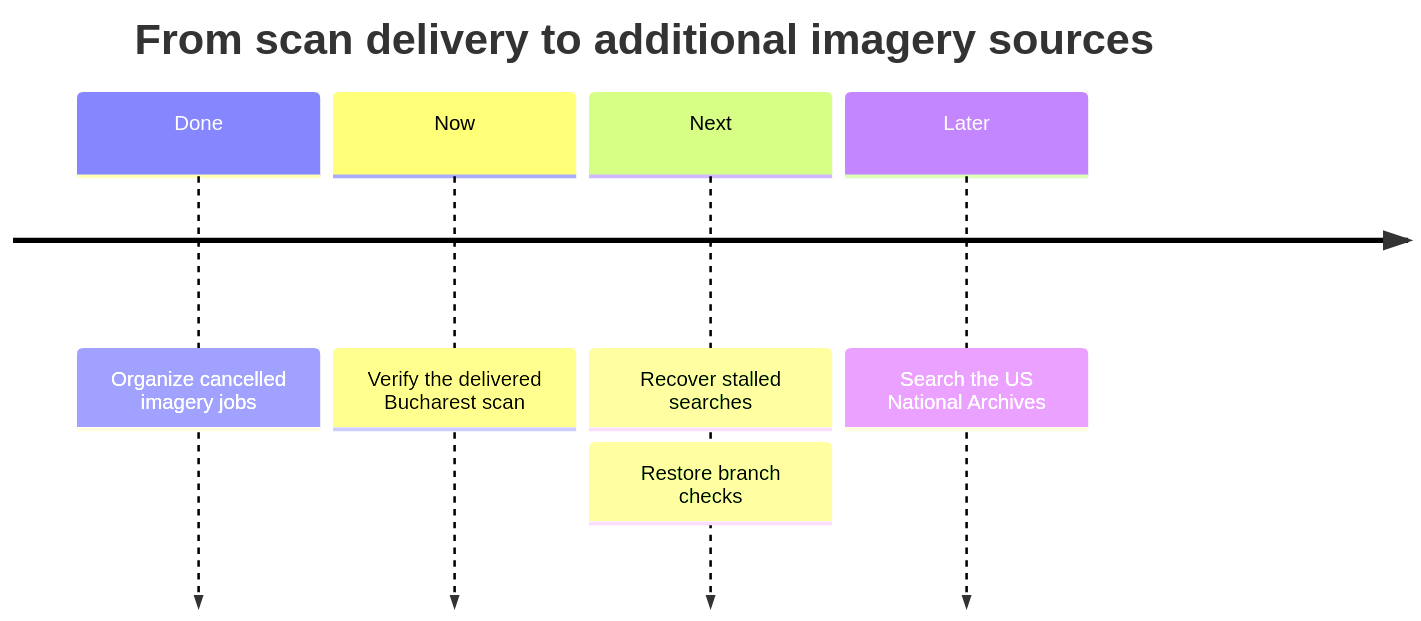
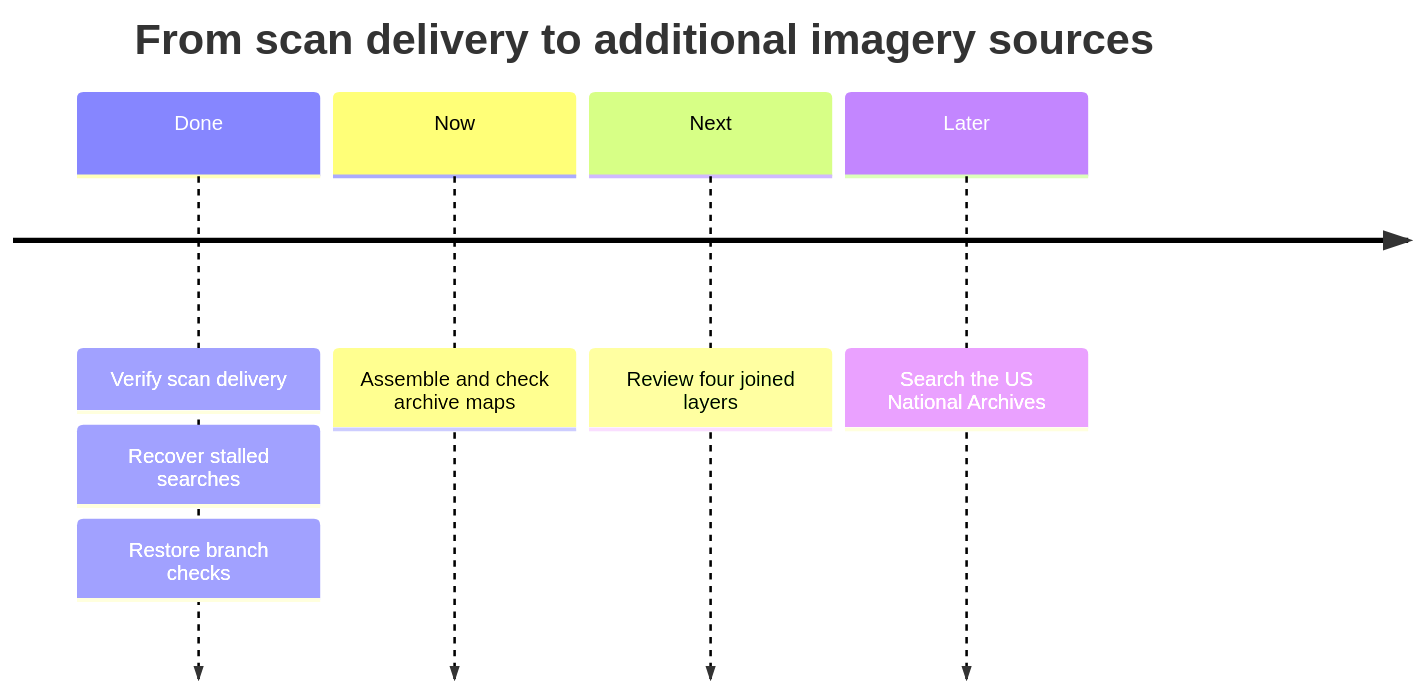
The diagram in ROADMAP.md (ventura8/historic-city-map-maker), drawn with Mermaid before and after one commit. The commit also changed other lines of this file, not shown here.

Commit message:
docs(roadmap): record verified scans and active archive joins (t217)

````diff
--- a/ROADMAP.md
+++ b/ROADMAP.md
@@ -5,8 +5,8 @@
 ```mermaid
 timeline
     title From scan delivery to additional imagery sources
-    Done : Organize cancelled imagery jobs
-    Now : Verify the delivered Bucharest scan
-    Next : Recover stalled searches : Restore branch checks
+    Done : Verify scan delivery : Recover stalled searches : Restore branch checks
+    Now : Assemble and check archive maps
+    Next : Review four joined layers
     Later : Search the US National Archives
 ```
````
